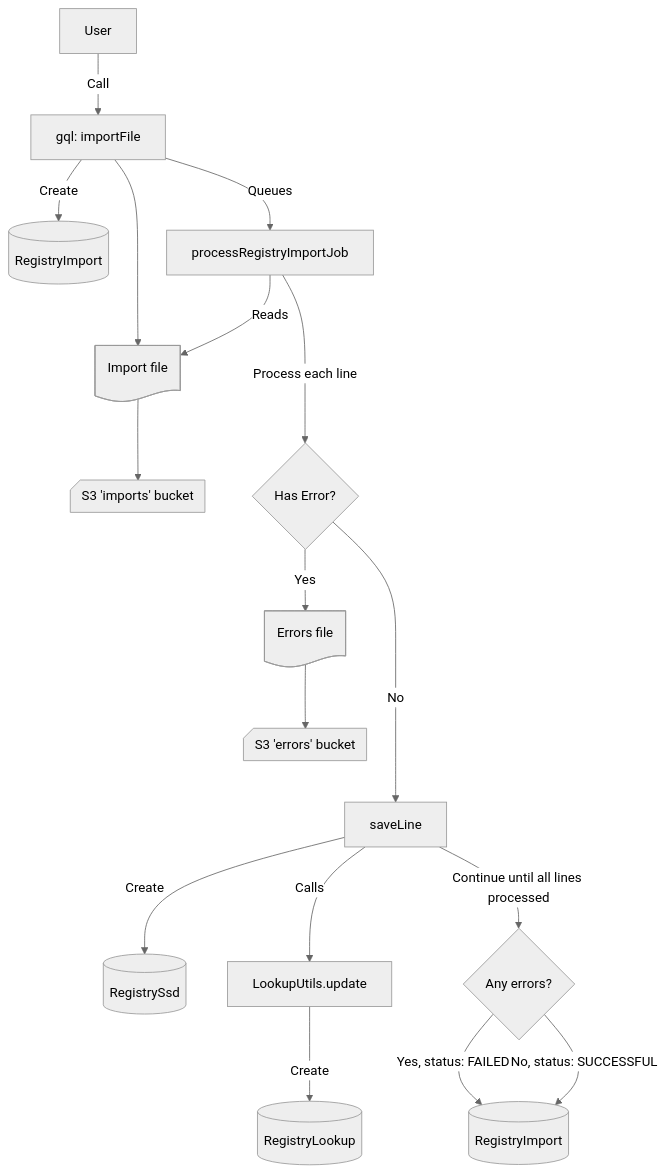
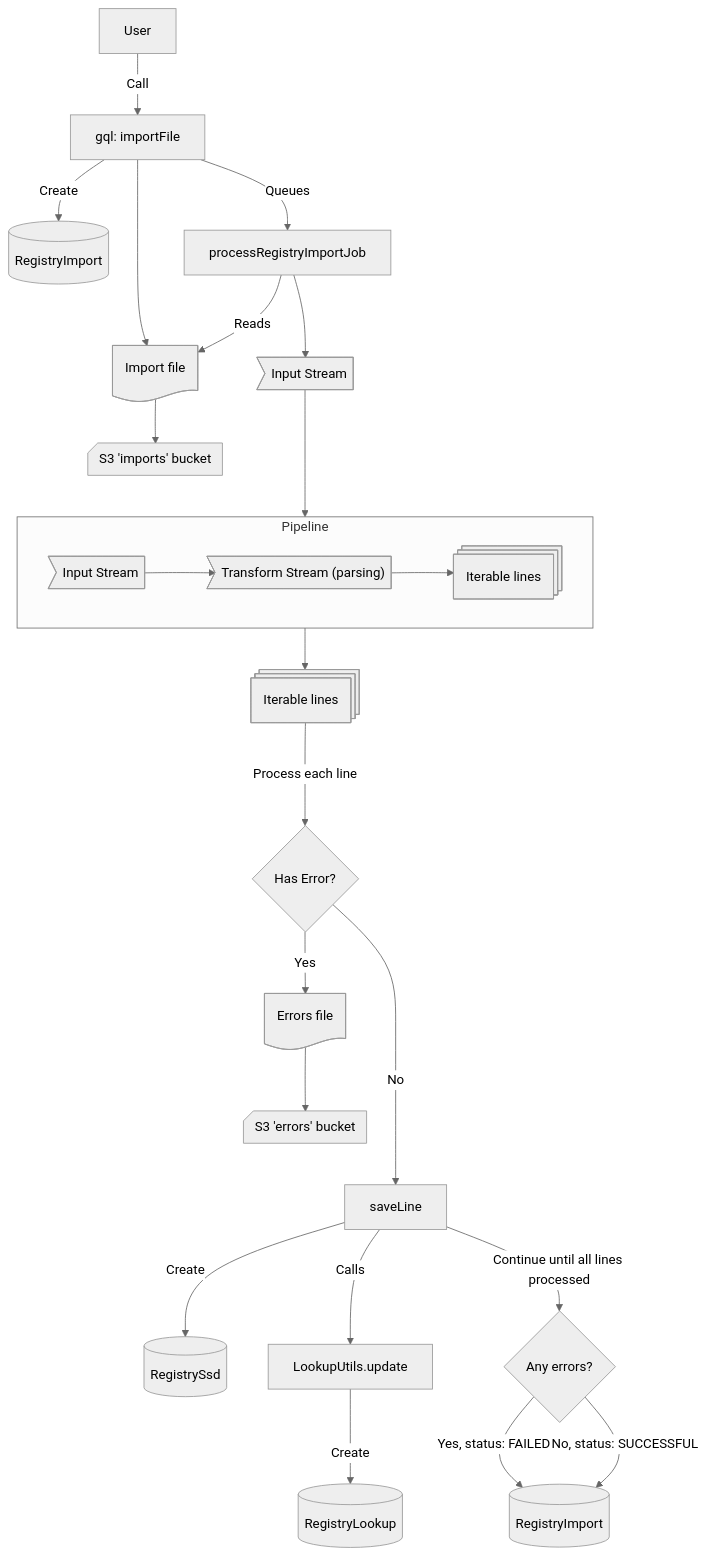
One commit to MTES-MCT/trackdechets changed the first of 3 diagrams in docs/RegistryExportV2.md. Above: the diagram before and after it, drawn with Mermaid (neutral theme). The commit also changed other lines of this file and 2 other files, not shown here.

````diff
--- a/docs/RegistryExportV2.md
+++ b/docs/RegistryExportV2.md
@@ -5,23 +16,31 @@
 ```mermaid
 flowchart TD
   user[User] -->|Call| importFile[gql: importFile]
   importFile --> file1@{ shape: doc, label: "Import file" }
   file1 --> S3Imports@{ shape: notch-rect, label: "S3 'imports' bucket" }
   importFile -->|Create| registryImport[(RegistryImport)]
   importFile -->|Queues| job[processRegistryImportJob]
   job -->|Reads|file1
 
   file2 --> S3Errors@{ shape: notch-rect, label: "S3 'errors' bucket" }
+  job --> inputStream>Input Stream]
+  subgraph Pipeline
+    direction LR
+      inputStream2>Input Stream] --> transformStream>"Transform Stream (parsing)"]
+      transformStream --> iterable@{ shape: procs, label: "Iterable lines"}
+    end
 
-  job --->|Process each line| G{Has Error?}
+  inputStream ---> Pipeline
+  Pipeline --> iterable2@{ shape: procs, label: "Iterable lines"}
+  iterable2 --->|Process each line| G{Has Error?}
   G -->|Yes| file2@{ shape: doc, label: "Errors file" }
 
   G ---->|No| I[saveLine]
   I -->|Create| J[(RegistrySsd)]
   I -->|Calls| L[LookupUtils.update]
   L -->|Create| M[(RegistryLookup)]
 
   I -->|Continue until all lines processed| N{Any errors?}
   N -->|Yes, status: FAILED| registryImport2[(RegistryImport)]
   N -->|No, status: SUCCESSFUL| registryImport2
 ```
````
